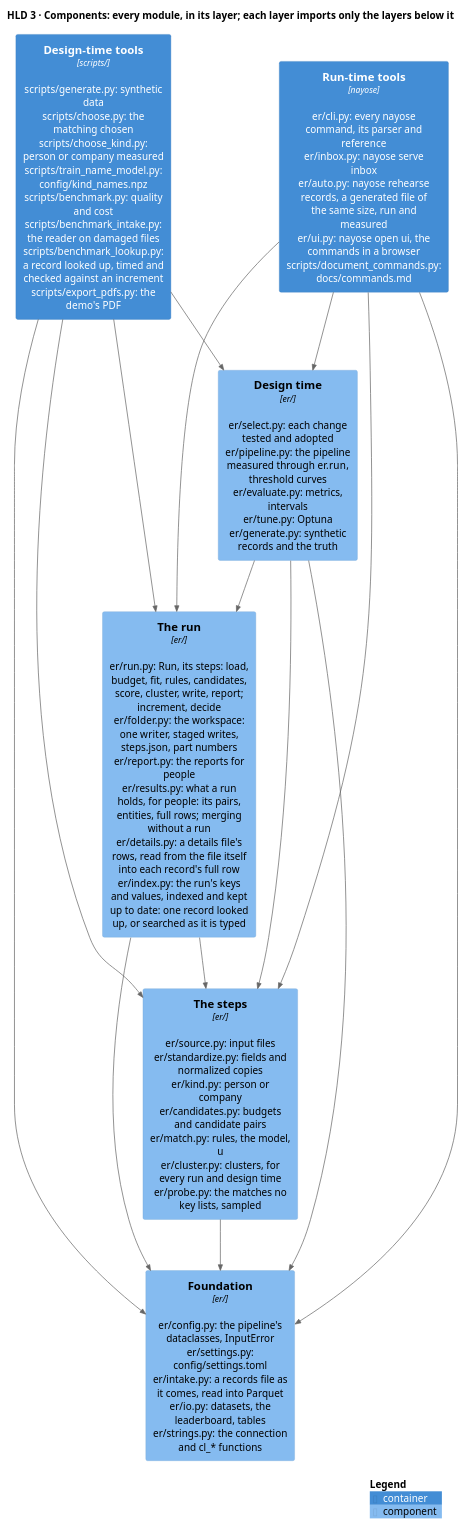
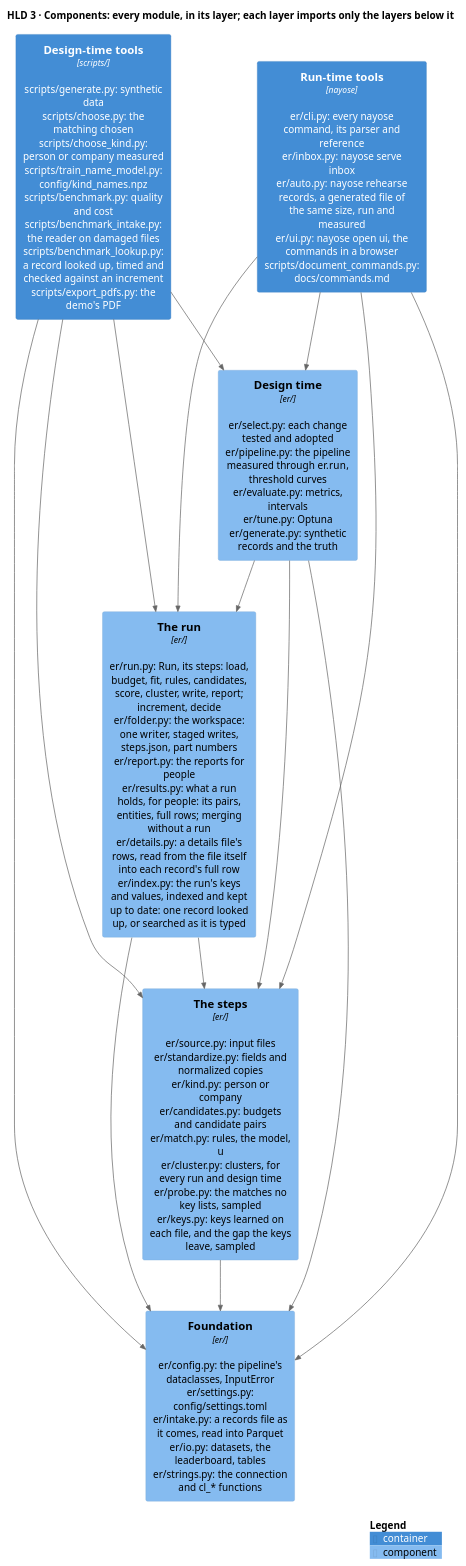
Before and after one commit to mvsbm/entity_matching: the diagram in docs/diagrams/components.puml, drawn with PlantUML. The commit also changed 15 other files, not shown here.

First line of the commit message:
report.txt shows the gap the keys leave and where the candidates' time goes: the pairs the model would accept that no key lists, estimated by sampling, and each key's pairs and seconds

```diff
--- a/docs/diagrams/components.puml
+++ b/docs/diagrams/components.puml
@@ -1,31 +1,31 @@
 @startuml components
 !include <C4/C4_Component>
 LAYOUT_TOP_DOWN()
 HIDE_STEREOTYPE()
 title HLD 3 · Components: every module, in its layer; each layer imports only the layers below it
 
 Container(tools_run, "Run-time tools", "nayose", "er/cli.py: every nayose command, its parser and reference\ner/inbox.py: nayose serve inbox\ner/auto.py: nayose rehearse records, a generated file of the same size, run and measured\ner/ui.py: nayose open ui, the commands in a browser\nscripts/document_commands.py: docs/commands.md")
 Container(tools_design, "Design-time tools", "scripts/", "scripts/generate.py: synthetic data\nscripts/choose.py: the matching chosen\nscripts/choose_kind.py: person or company measured\nscripts/train_name_model.py: config/kind_names.npz\nscripts/benchmark.py: quality and cost\nscripts/benchmark_intake.py: the reader on damaged files\nscripts/benchmark_lookup.py: a record looked up, timed and checked against an increment\nscripts/export_pdfs.py: the demo's PDF")
 
 Component(run, "The run", "er/", "er/run.py: Run, its steps: load, budget, fit, rules, candidates, score, cluster, write, report; increment, decide\ner/folder.py: the workspace: one writer, staged writes, steps.json, part numbers\ner/report.py: the reports for people\ner/results.py: what a run holds, for people: its pairs, entities, full rows; merging without a run\ner/details.py: a details file's rows, read from the file itself into each record's full row\ner/index.py: the run's keys and values, indexed and kept up to date: one record looked up, or searched as it is typed")
 Component(design, "Design time", "er/", "er/select.py: each change tested and adopted\ner/pipeline.py: the pipeline measured through er.run, threshold curves\ner/evaluate.py: metrics, intervals\ner/tune.py: Optuna\ner/generate.py: synthetic records and the truth")
-Component(steps, "The steps", "er/", "er/source.py: input files\ner/standardize.py: fields and normalized copies\ner/kind.py: person or company\ner/candidates.py: budgets and candidate pairs\ner/match.py: rules, the model, u\ner/cluster.py: clusters, for every run and design time\ner/probe.py: the matches no key lists, sampled")
+Component(steps, "The steps", "er/", "er/source.py: input files\ner/standardize.py: fields and normalized copies\ner/kind.py: person or company\ner/candidates.py: budgets and candidate pairs\ner/match.py: rules, the model, u\ner/cluster.py: clusters, for every run and design time\ner/probe.py: the matches no key lists, sampled\ner/keys.py: keys learned on each file, and the gap the keys leave, sampled")
 Component(configuration, "Foundation", "er/", "er/config.py: the pipeline's dataclasses, InputError\ner/settings.py: config/settings.toml\ner/intake.py: a records file as it comes, read into Parquet\ner/io.py: datasets, the leaderboard, tables\ner/strings.py: the connection and cl_* functions")
 
 Rel_D(tools_run, run, "")
 Rel_D(tools_run, steps, "")
 Rel_D(tools_run, configuration, "")
 Rel_D(tools_run, design, "")
 Rel_D(tools_design, run, "")
 Rel_D(tools_design, design, "")
 Rel_D(tools_design, steps, "")
 Rel_D(tools_design, configuration, "")
 Rel_D(run, steps, "")
 Rel_D(run, configuration, "")
 Rel_D(design, run, "")
 Rel_D(design, steps, "")
 Rel_D(design, configuration, "")
 Rel_D(steps, configuration, "")
 
 SHOW_LEGEND()
 @enduml
```
